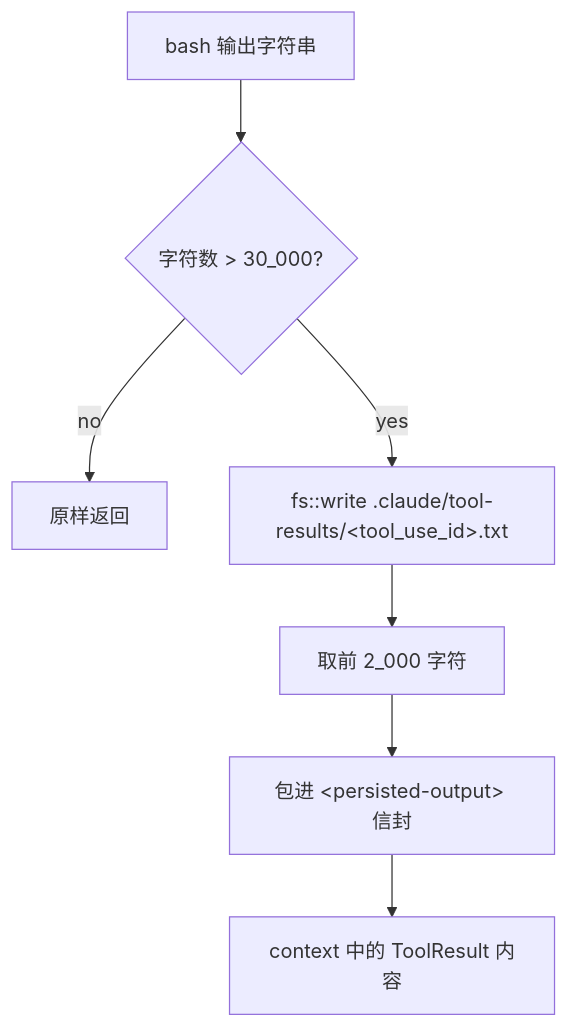
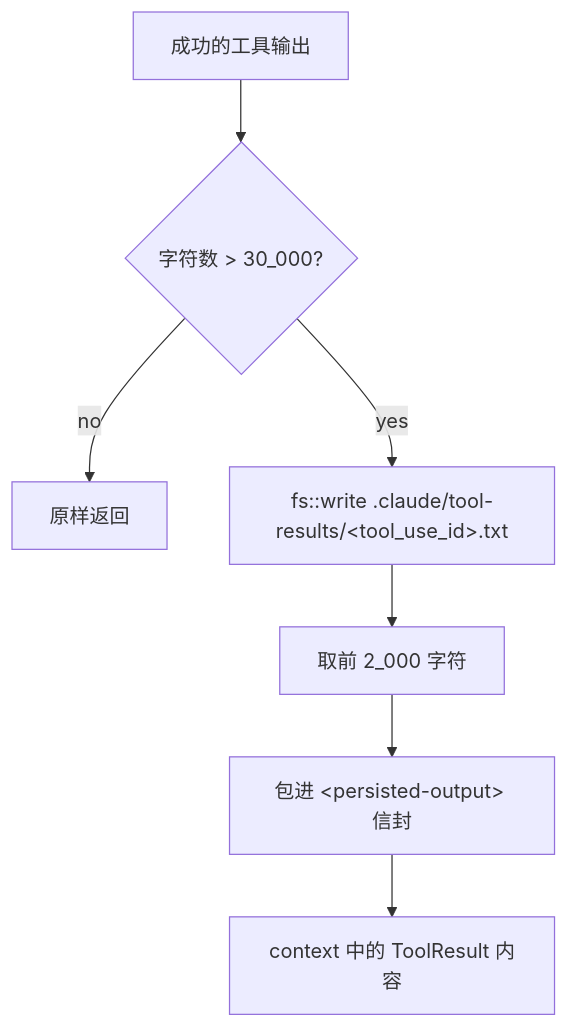
One commit to rust-infra/tact changed diagram 12 of 15 in book/05_chapter_compact_zh.md. Above: the diagram before and after it, drawn with Mermaid. The commit also changed other lines of this file and 5 other files, not shown here.

````diff
--- a/book/05_chapter_compact_zh.md
+++ b/book/05_chapter_compact_zh.md
@@ -479,9 +483,9 @@
 ```mermaid
 flowchart TD
-    Out[bash 输出字符串] --> Th{字符数 > 30_000?}
+    Out[成功的工具输出] --> Th{字符数 > 30_000?}
     Th -->|no| Full[原样返回]
     Th -->|yes| Write["fs::write .claude/tool-results/&lt;tool_use_id&gt;.txt"]
     Write --> Prev["取前 2_000 字符"]
     Prev --> Wrap["包进 &lt;persisted-output&gt; 信封"]
     Wrap --> TR[context 中的 ToolResult 内容]
 ```
````
